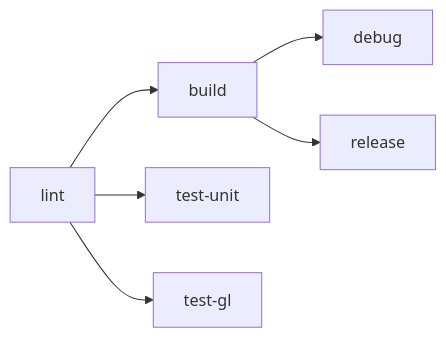
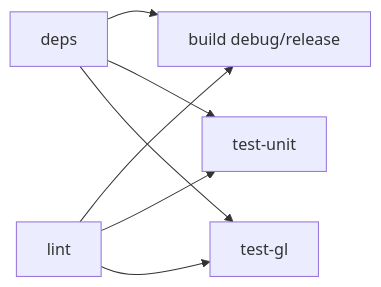
Before and after one commit to yoyonel-lab/suckless-odin: the diagram in docs/ci-build.md, drawn with Mermaid. The commit also changed other lines of this file, not shown here.

First line of the commit message:
docs: update ci-build.md — deps mutualization, pre-commit hooks, shared GLFW

````diff
--- a/docs/ci-build.md
+++ b/docs/ci-build.md
@@ -37,8 +37,9 @@
 ```mermaid
 graph LR
-    A[lint] --> B[build]
-    A --> C[test-unit]
-    A --> D[test-gl]
-    B --> B1[debug]
-    B --> B2[release]
+    A[lint] --> C[build debug/release]
+    B[deps] --> C
+    B --> D[test-unit]
+    B --> E[test-gl]
+    A --> D
+    A --> E
 ```
````
